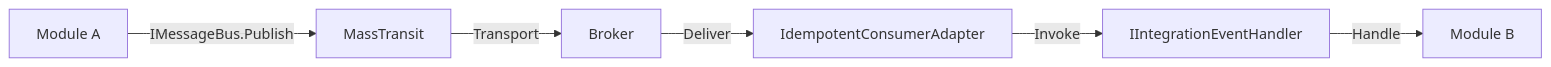
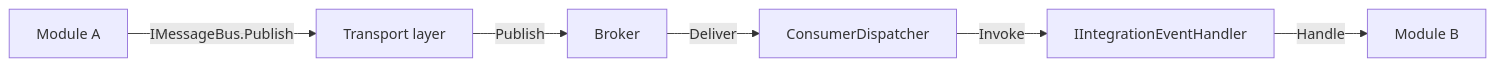
Before and after one commit to AdamWyatt34/Modulus: the diagram in docs/messaging/index.md, drawn with Mermaid. The commit also changed other lines of this file and 24 other files, not shown here.

First line of the commit message:
docs: sweep MassTransit references and add migration guide

````diff
--- a/docs/messaging/index.md
+++ b/docs/messaging/index.md
@@ -97,8 +111,8 @@
 ```mermaid
 flowchart LR
-    A[Module A] -->|IMessageBus.Publish| B[MassTransit]
-    B -->|Transport| C[Broker]
-    C -->|Deliver| D[IdempotentConsumerAdapter]
+    A[Module A] -->|IMessageBus.Publish| B[Transport layer]
+    B -->|Publish| C[Broker]
+    C -->|Deliver| D[ConsumerDispatcher]
     D -->|Invoke| E[IIntegrationEventHandler]
     E -->|Handle| F[Module B]
 ```
````
